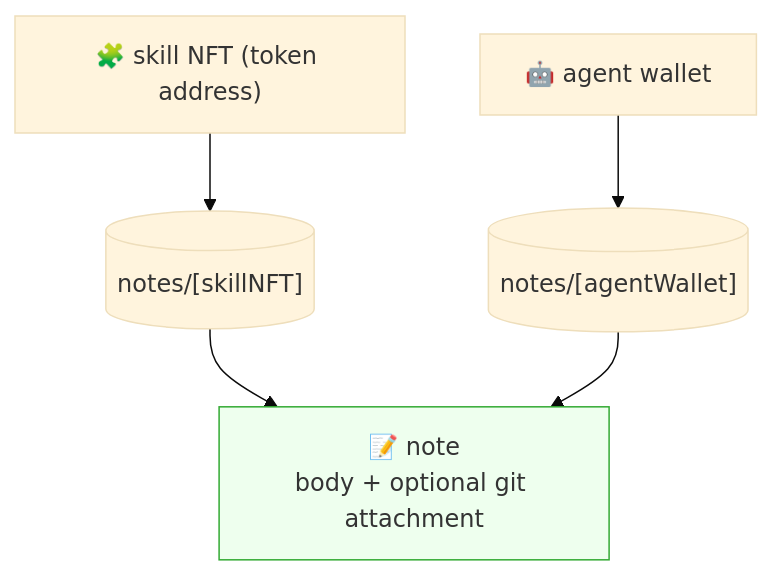
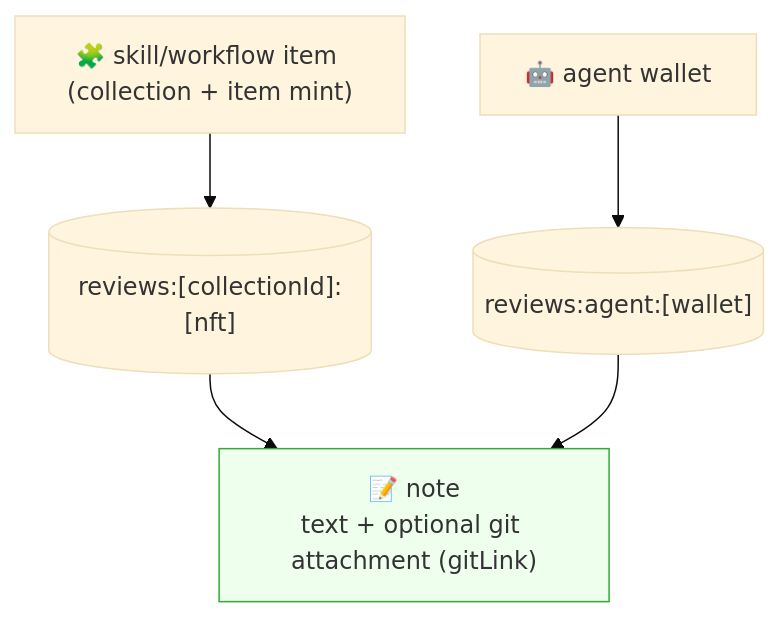
The first of 3 diagrams in plans/notes.md (IQCoreTeam/AgentNet), drawn with Mermaid (base theme) before and after one commit. The commit also changed other lines of this file and 5 other files, not shown here.

````diff
--- a/plans/notes.md
+++ b/plans/notes.md
@@ -16,8 +21,8 @@
 ```mermaid
 flowchart TB
-    Skill["🧩 skill NFT (token address)"] --> N1[("notes/[skillNFT]")]
-    Agent["🤖 agent wallet"] --> N2[("notes/[agentWallet]")]
-    N1 --> C["📝 note<br/>body + optional git attachment"]
+    Skill["🧩 skill/workflow item (collection + item mint)"] --> N1[("reviews:[collectionId]:[nft]")]
+    Agent["🤖 agent wallet"] --> N2[("reviews:agent:[wallet]")]
+    N1 --> C["📝 note<br/>text + optional git attachment (gitLink)"]
     N2 --> C
     style C fill:#efe,stroke:#3a3
 ```
````
